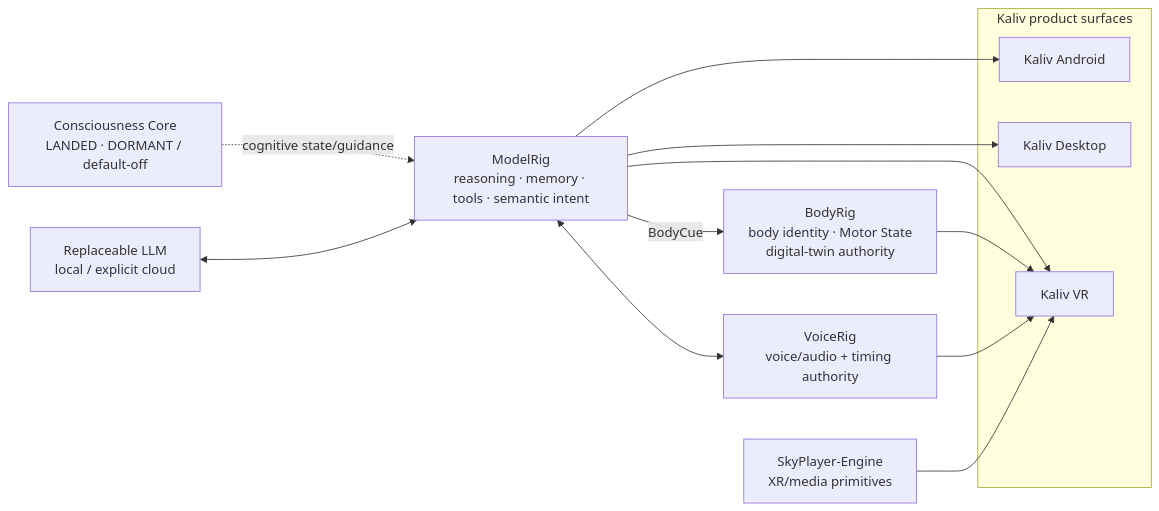
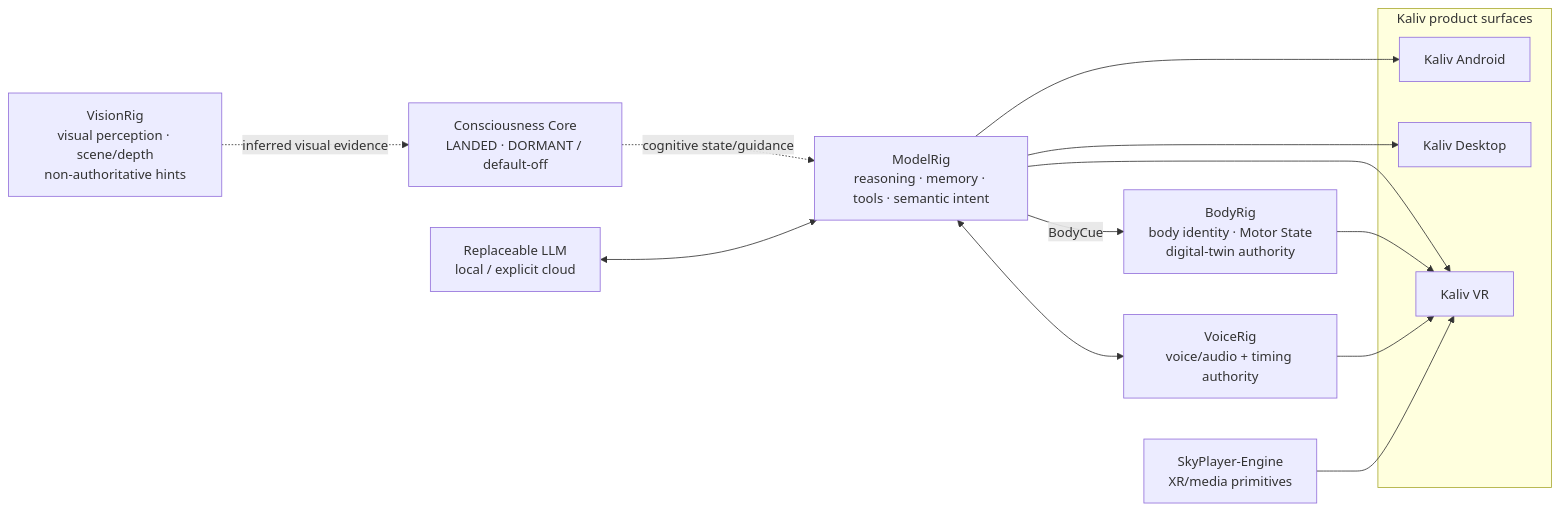
The first of 3 diagrams in README.md (Ternedal/ModelRig), drawn with Mermaid before and after one commit. The commit also changed other lines of this file, not shown here.

Commit message:
docs: place VisionRig in ModelRig architecture

````diff
--- a/README.md
+++ b/README.md
@@ -24,18 +24,19 @@
 ```mermaid
 flowchart LR
     CC["Consciousness Core\nLANDED · DORMANT / default-off"] -. "cognitive state/guidance" .-> MR["ModelRig\nreasoning · memory · tools · semantic intent"]
     LLM["Replaceable LLM\nlocal / explicit cloud"] <--> MR
     MR -->|BodyCue| BR["BodyRig\nbody identity · Motor State\ndigital-twin authority"]
     MR <--> VR["VoiceRig\nvoice/audio + timing authority"]
+    VIS["VisionRig\nvisual perception · scene/depth\nnon-authoritative hints"] -. "inferred visual evidence" .-> CC
     subgraph K["Kaliv product surfaces"]
         KA["Kaliv Android"]
         KD["Kaliv Desktop"]
         KVR["Kaliv VR"]
     end
     MR --> KA
     MR --> KD
     MR --> KVR
     BR --> KVR
     VR --> KVR
     SP["SkyPlayer-Engine\nXR/media primitives"] --> KVR
 ```
````
